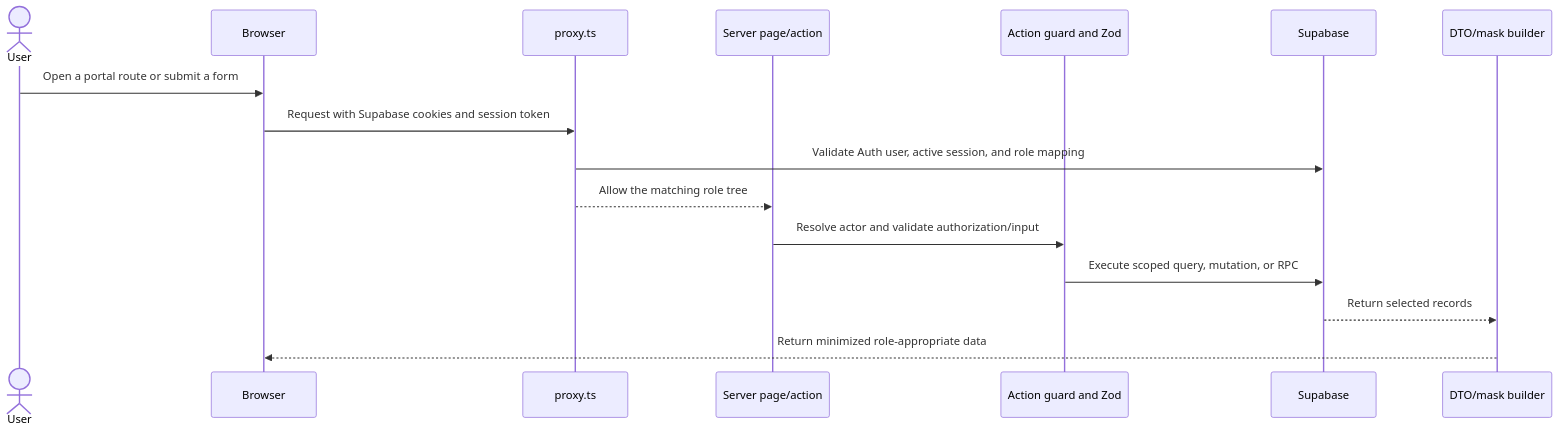
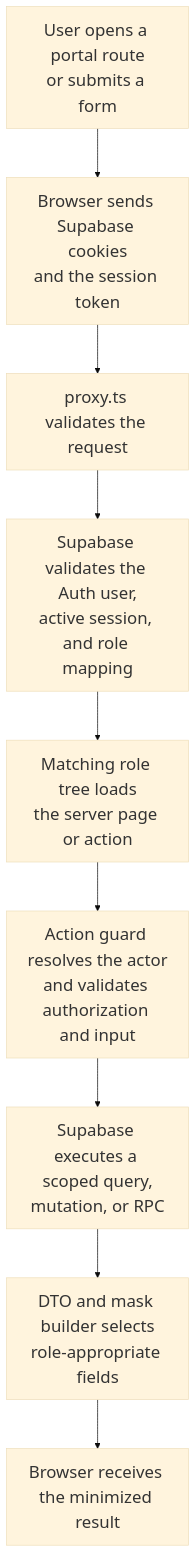
One commit to Tokise/Zentraq-backend changed the third of 14 diagrams in docs/SOFTWARE_ARCHITECTURE_DOCUMENT.md. Above: the diagram before and after it, drawn with Mermaid. The commit also changed other lines of this file, not shown here.

````diff
--- a/docs/SOFTWARE_ARCHITECTURE_DOCUMENT.md
+++ b/docs/SOFTWARE_ARCHITECTURE_DOCUMENT.md
@@ -189,19 +214,27 @@
 ```mermaid
-sequenceDiagram
-    actor User
-    participant Browser
-    participant Proxy as proxy.ts
-    participant Page as Server page/action
-    participant Guard as Action guard and Zod
-    participant DB as Supabase
-    participant DTO as DTO/mask builder
+---
+config:
+  theme: base
+  themeVariables:
+    fontSize: "24px"
+  flowchart:
+    nodeSpacing: 50
+    rankSpacing: 70
+  er:
+    fontSize: 24
+    layoutDirection: TB
+---
+flowchart TB
+    User["User opens a portal route<br/>or submits a form"]
+    Browser["Browser sends Supabase cookies<br/>and the session token"]
+    Proxy["proxy.ts validates the request"]
+    Session["Supabase validates the Auth user,<br/>active session, and role mapping"]
+    Page["Matching role tree loads<br/>the server page or action"]
+    Guard["Action guard resolves the actor<br/>and validates authorization and input"]
+    Database["Supabase executes a scoped query,<br/>mutation, or RPC"]
+    DTO["DTO and mask builder selects<br/>role-appropriate fields"]
+    Result["Browser receives the minimized result"]
 
-    User->>Browser: Open a portal route or submit a form
-    Browser->>Proxy: Request with Supabase cookies and session token
-    Proxy->>DB: Validate Auth user, active session, and role mapping
-    Proxy-->>Page: Allow the matching role tree
-    Page->>Guard: Resolve actor and validate authorization/input
-    Guard->>DB: Execute scoped query, mutation, or RPC
-    DB-->>DTO: Return selected records
-    DTO-->>Browser: Return minimized role-appropriate data
+    User --> Browser --> Proxy --> Session --> Page --> Guard
+    Guard --> Database --> DTO --> Result
 ```
````
